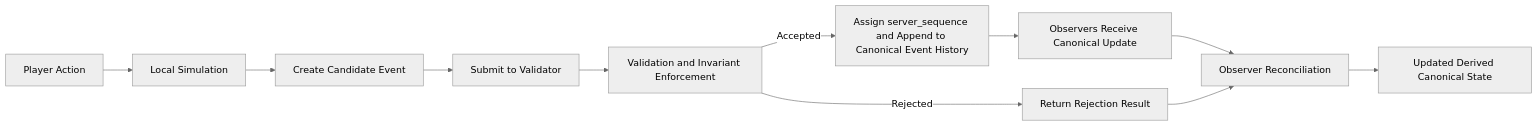
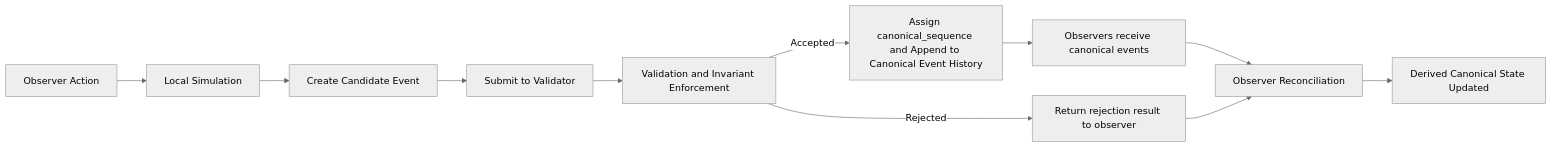
The diagram in diagrams/CrypSA_Event_Flow.md (godofthunder101/crypsa-architecture), drawn with Mermaid (neutral theme) before and after one commit. The commit also changed other lines of this file, not shown here.

Commit message:
Update event flow diagram and descriptions

````diff
--- a/diagrams/CrypSA_Event_Flow.md
+++ b/diagrams/CrypSA_Event_Flow.md
@@ -15,17 +15,17 @@
-```mermaid
+```mermaid id="r7p2m1"
 flowchart LR
 
-A[Player Action] --> B[Local Simulation]
+A[Observer Action] --> B[Local Simulation]
 B --> C[Create Candidate Event]
 C --> D[Submit to Validator]
 
 D --> E[Validation and Invariant Enforcement]
 
-E -->|Accepted| F[Assign server_sequence and Append to Canonical Event History]
-E -->|Rejected| G[Return Rejection Result]
+E -->|Accepted| F[Assign canonical_sequence and Append to Canonical Event History]
+E -->|Rejected| G[Return rejection result to observer]
 
-F --> H[Observers Receive Canonical Update]
+F --> H[Observers receive canonical events]
 H --> J[Observer Reconciliation]
 G --> J
-J --> K[Updated Derived Canonical State]
+J --> K[Derived Canonical State Updated]
 ```
````
